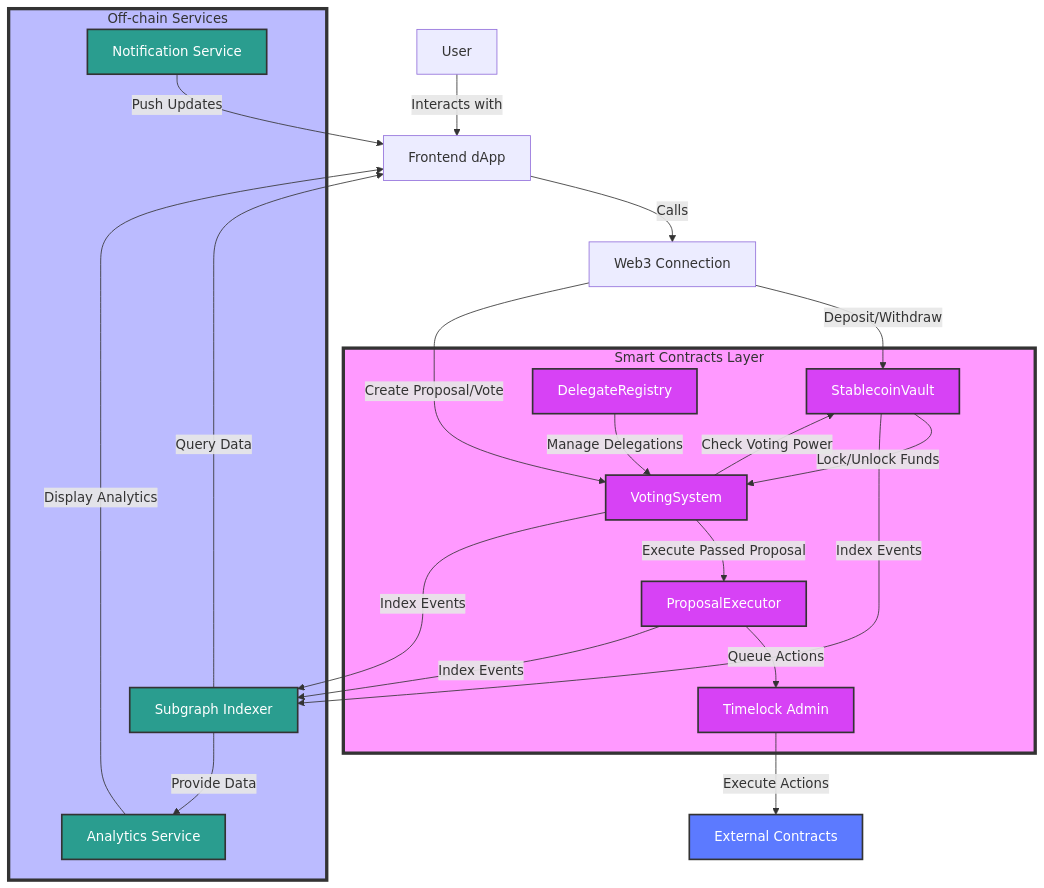
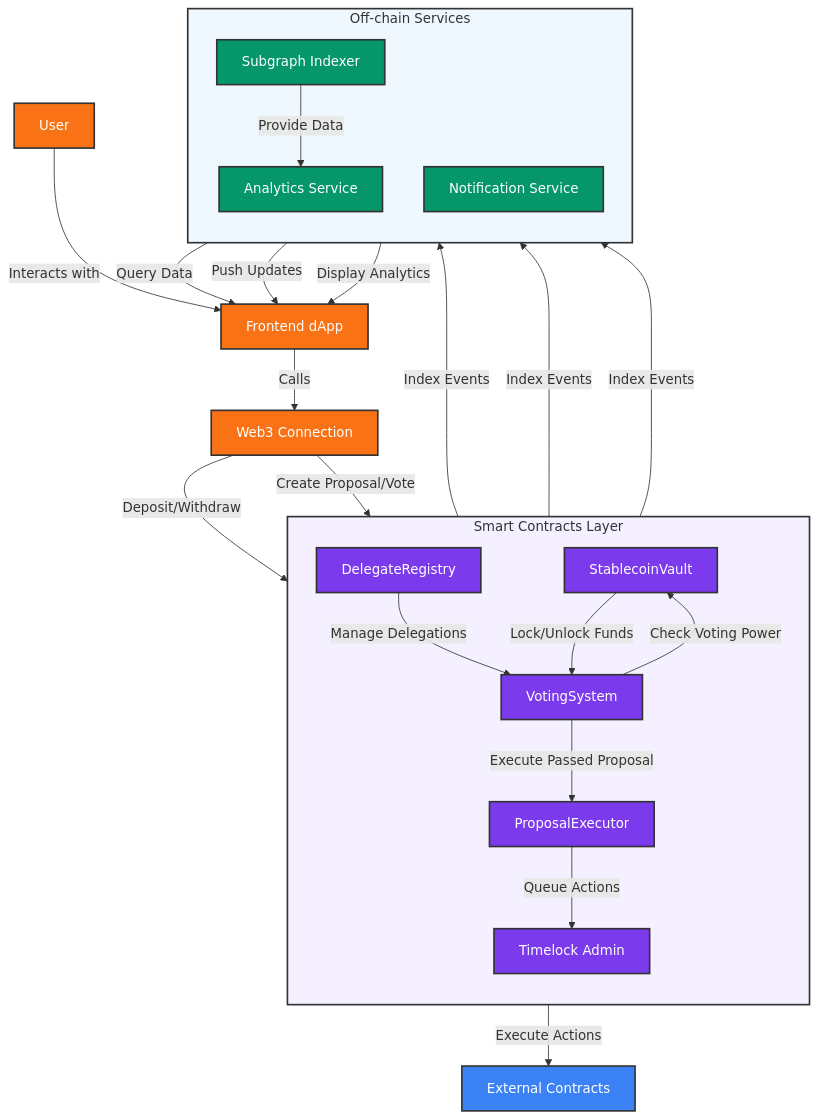
The diagram in README.md (kaka21garuda/haikou), drawn with Mermaid before and after one commit. The commit also changed other lines of this file and 1 other file, not shown here.

Commit message:
smart contracts structure on readme

````diff
--- a/README.md
+++ b/README.md
@@ -7,51 +7,56 @@
 ```mermaid
 flowchart TD
     User[User] --> |Interacts with| FE[Frontend dApp]
     FE --> |Calls| WC[Web3 Connection]
     
     subgraph SmartContracts[Smart Contracts Layer]
+        direction TB
         SV[StablecoinVault]
         VS[VotingSystem]
         PE[ProposalExecutor]
         DR[DelegateRegistry]
         TA[Timelock Admin]
     end
     
     WC --> |Deposit/Withdraw| SV
     WC --> |Create Proposal/Vote| VS
     VS --> |Execute Passed Proposal| PE
     VS --> |Check Voting Power| SV
     DR --> |Manage Delegations| VS
     
     SV --> |Lock/Unlock Funds| VS
     PE --> |Queue Actions| TA
     TA --> |Execute Actions| ExtC[External Contracts]
     
     subgraph OffChain[Off-chain Services]
+        direction TB
         SG[Subgraph Indexer]
         AS[Analytics Service]
         NS[Notification Service]
     end
     
     SV --> |Index Events| SG
     VS --> |Index Events| SG
     PE --> |Index Events| SG
     
     SG --> |Query Data| FE
     SG --> |Provide Data| AS
     
     NS --> |Push Updates| FE
     AS --> |Display Analytics| FE
     
-    style SmartContracts fill:#f9f,stroke:#333,stroke-width:4px
-    style OffChain fill:#bbf,stroke:#333,stroke-width:4px
-    style SV fill:#d742f5,stroke:#333,stroke-width:2px,color:#fff
-    style VS fill:#d742f5,stroke:#333,stroke-width:2px,color:#fff
-    style PE fill:#d742f5,stroke:#333,stroke-width:2px,color:#fff
-    style DR fill:#d742f5,stroke:#333,stroke-width:2px,color:#fff
-    style TA fill:#d742f5,stroke:#333,stroke-width:2px,color:#fff
-    style ExtC fill:#5c7aff,stroke:#333,stroke-width:2px,color:#fff
-    style SG fill:#2a9d8f,stroke:#333,stroke-width:2px,color:#fff
-    style AS fill:#2a9d8f,stroke:#333,stroke-width:2px,color:#fff
-    style NS fill:#2a9d8f,stroke:#333,stroke-width:2px,color:#fff
+    style SmartContracts fill:#f5f0ff,stroke:#333,stroke-width:2px
+    style OffChain fill:#f0f8ff,stroke:#333,stroke-width:2px
+    style SV fill:#7c3aed,stroke:#333,stroke-width:2px,color:#fff
+    style VS fill:#7c3aed,stroke:#333,stroke-width:2px,color:#fff
+    style PE fill:#7c3aed,stroke:#333,stroke-width:2px,color:#fff
+    style DR fill:#7c3aed,stroke:#333,stroke-width:2px,color:#fff
+    style TA fill:#7c3aed,stroke:#333,stroke-width:2px,color:#fff
+    style ExtC fill:#3b82f6,stroke:#333,stroke-width:2px,color:#fff
+    style SG fill:#059669,stroke:#333,stroke-width:2px,color:#fff
+    style AS fill:#059669,stroke:#333,stroke-width:2px,color:#fff
+    style NS fill:#059669,stroke:#333,stroke-width:2px,color:#fff
+    style User fill:#f97316,stroke:#333,stroke-width:2px,color:#fff
+    style FE fill:#f97316,stroke:#333,stroke-width:2px,color:#fff
+    style WC fill:#f97316,stroke:#333,stroke-width:2px,color:#fff
 ```
````
